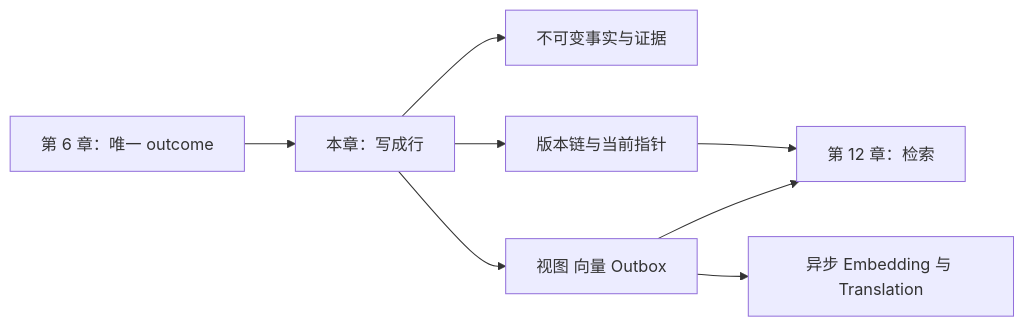
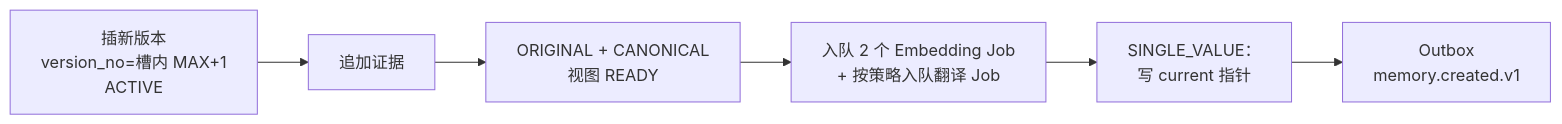
Before and after one commit to luming1617/mms: the second of 6 diagrams in docs/2-详细设计/08-记忆新增与更新.md, drawn with Mermaid. The commit also changed other lines of this file and 37 other files, not shown here.

````diff
--- a/docs/2-详细设计/08-记忆新增与更新.md
+++ b/docs/2-详细设计/08-记忆新增与更新.md
@@ -20,10 +83,8 @@
 ```mermaid
 flowchart LR
-  D["第 6 章：唯一 outcome"] --> W["本章：写成行"]
-  W --> C["不可变事实与证据"]
-  W --> V["版本链与当前指针"]
-  W --> P["视图 向量 Outbox"]
-  V --> R["第 12 章：检索"]
-  P --> R
-  P --> A["异步 Embedding 与 Translation"]
+  A["插新版本<br/>version_no=槽内 MAX+1<br/>ACTIVE"] --> B["追加证据"]
+  B --> C["ORIGINAL + CANONICAL<br/>视图 READY"]
+  C --> D["入队 2 个 Embedding Job<br/>+ 按策略入队翻译 Job"]
+  D --> E["SINGLE_VALUE：<br/>写 current 指针"]
+  E --> F["Outbox<br/>memory.created.v1"]
 ```
````
